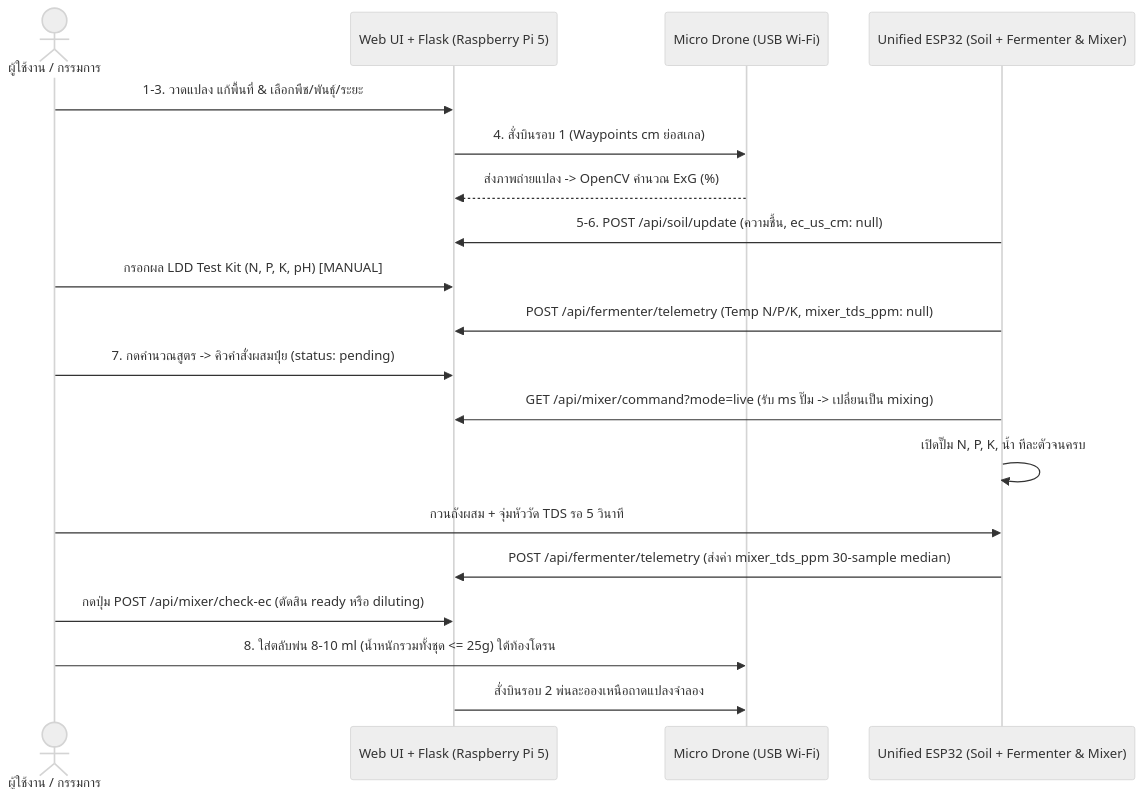
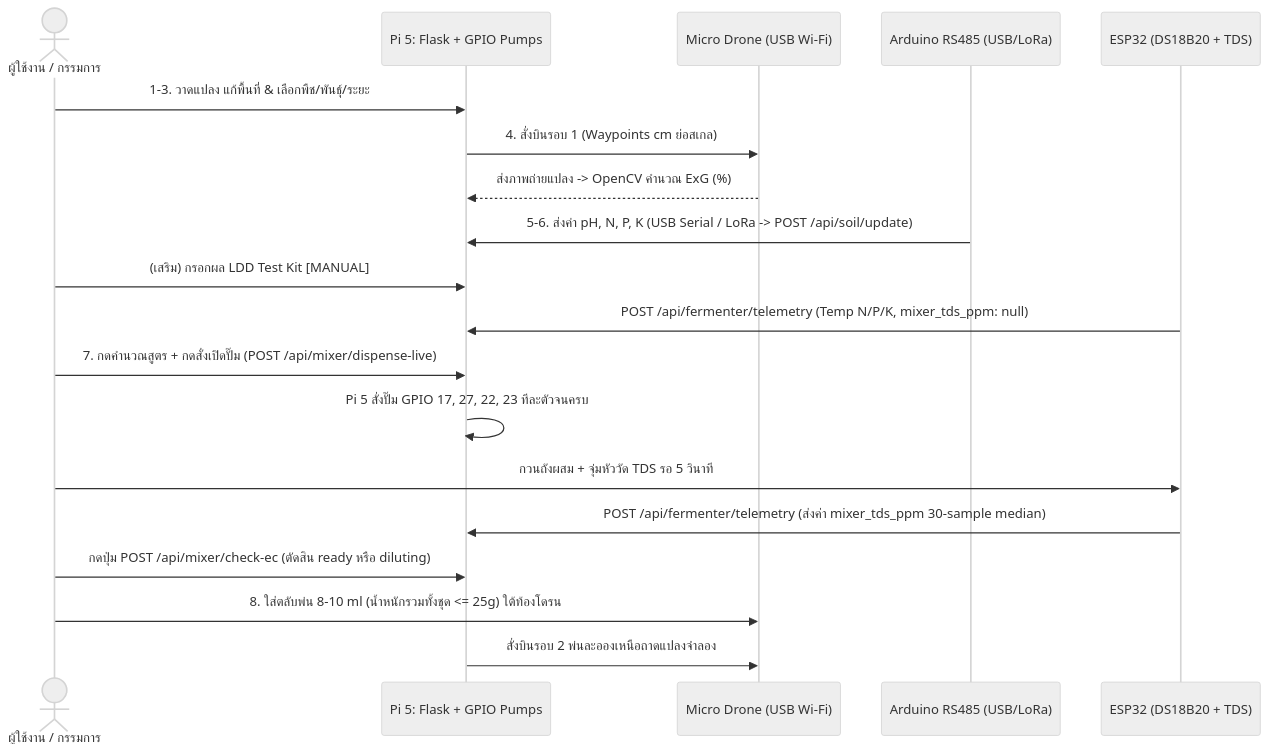
One commit to Thanawanit/I-NEW-GEN changed the diagram in Info/01_SYSTEM_OVERVIEW_AND_WORKFLOW.md. Above: the diagram before and after it, drawn with Mermaid (neutral theme). The commit also changed other lines of this file and 15 other files, not shown here.

Commit message:
feat(v1.6): integrate Back/ Pi GPIO pumps, calibrated flow rates, and Arduino RS485 parser

````diff
--- a/Info/01_SYSTEM_OVERVIEW_AND_WORKFLOW.md
+++ b/Info/01_SYSTEM_OVERVIEW_AND_WORKFLOW.md
@@ -104,22 +101,22 @@
 ```mermaid
 sequenceDiagram
     actor User as ผู้ใช้งาน / กรรมการ
-    participant Web as Web UI + Flask (Raspberry Pi 5)
+    participant Web as Pi 5: Flask + GPIO Pumps
     participant Drone as Micro Drone (USB Wi-Fi)
-    participant ESP as Unified ESP32 (Soil + Fermenter & Mixer)
+    participant Arduino as Arduino RS485 (USB/LoRa)
+    participant ESP as ESP32 (DS18B20 + TDS)
 
     User->>Web: 1-3. วาดแปลง แก้พื้นที่ & เลือกพืช/พันธุ์/ระยะ
     Web->>Drone: 4. สั่งบินรอบ 1 (Waypoints cm ย่อสเกล)
     Drone-->>Web: ส่งภาพถ่ายแปลง -> OpenCV คำนวณ ExG (%)
-    ESP->>Web: 5-6. POST /api/soil/update (ความชื้น, ec_us_cm: null)
-    User->>Web: กรอกผล LDD Test Kit (N, P, K, pH) [MANUAL]
+    Arduino->>Web: 5-6. ส่งค่า pH, N, P, K (USB Serial / LoRa -> POST /api/soil/update)
+    User->>Web: (เสริม) กรอกผล LDD Test Kit [MANUAL]
     ESP->>Web: POST /api/fermenter/telemetry (Temp N/P/K, mixer_tds_ppm: null)
-    User->>Web: 7. กดคำนวณสูตร -> คิวคำสั่งผสมปุ๋ย (status: pending)
-    ESP->>Web: GET /api/mixer/command?mode=live (รับ ms ปั๊ม -> เปลี่ยนเป็น mixing)
-    ESP->>ESP: เปิดปั๊ม N, P, K, น้ำ ทีละตัวจนครบ
+    User->>Web: 7. กดคำนวณสูตร + กดสั่งเปิดปั๊ม (POST /api/mixer/dispense-live)
+    Web->>Web: Pi 5 สั่งปั๊ม GPIO 17, 27, 22, 23 ทีละตัวจนครบ
     User->>ESP: กวนถังผสม + จุ่มหัววัด TDS รอ 5 วินาที
     ESP->>Web: POST /api/fermenter/telemetry (ส่งค่า mixer_tds_ppm 30-sample median)
     User->>Web: กดปุ่ม POST /api/mixer/check-ec (ตัดสิน ready หรือ diluting)
     User->>Drone: 8. ใส่ตลับพ่น 8-10 ml (น้ำหนักรวมทั้งชุด <= 25g) ใต้ท้องโดรน
     Web->>Drone: สั่งบินรอบ 2 พ่นละอองเหนือถาดแปลงจำลอง
 ```
````
